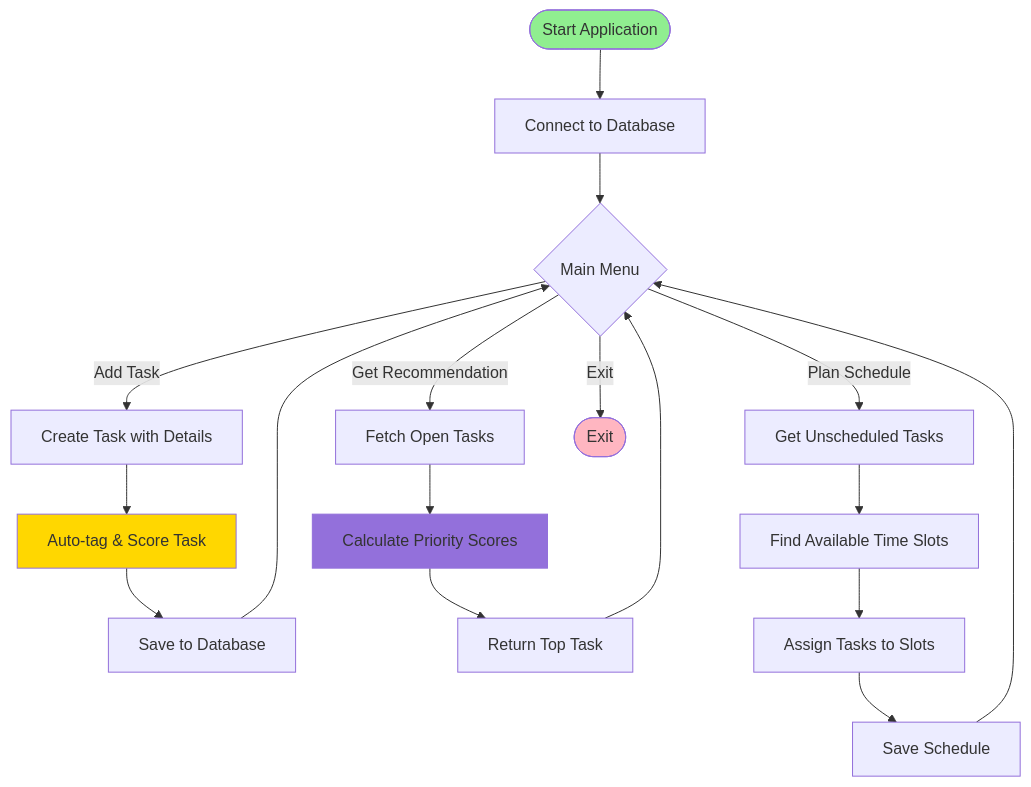
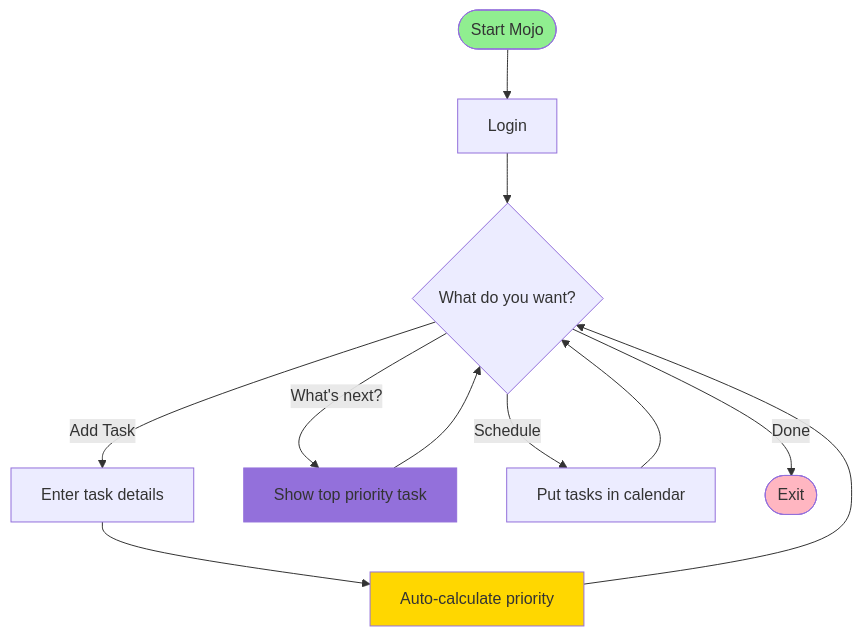
One commit to galwolfer/MOJO changed the fourth of 5 diagrams in WORKFLOW.md. Above: the diagram before and after it, drawn with Mermaid. The commit also changed other lines of this file and 2 other files, not shown here.

````diff
--- a/WORKFLOW.md
+++ b/WORKFLOW.md
@@ -56,28 +77,22 @@
 ```mermaid
 flowchart TD
-    Start([Start Application]) --> Connect[Connect to Database]
-    Connect --> MainLoop{Main Menu}
+    Start([Start Mojo]) --> Login[Login]
+    Login --> Menu{What do you want?}
     
-    MainLoop -->|Add Task| CreateTask[Create Task with Details]
-    CreateTask --> AutoProcess[Auto-tag & Score Task]
-    AutoProcess --> Save[Save to Database]
-    Save --> MainLoop
+    Menu -->|Add Task| Add[Enter task details]
+    Add --> Auto[Auto-calculate priority]
+    Auto --> Menu
     
-    MainLoop -->|Get Recommendation| Fetch[Fetch Open Tasks]
-    Fetch --> Score[Calculate Priority Scores]
-    Score --> Rank[Return Top Task]
-    Rank --> MainLoop
+    Menu -->|What's next?| Rec[Show top priority task]
+    Rec --> Menu
     
-    MainLoop -->|Plan Schedule| GetTasks[Get Unscheduled Tasks]
-    GetTasks --> FindSlots[Find Available Time Slots]
-    FindSlots --> Assign[Assign Tasks to Slots]
-    Assign --> SaveSchedule[Save Schedule]
-    SaveSchedule --> MainLoop
+    Menu -->|Schedule| Plan[Put tasks in calendar]
+    Plan --> Menu
     
-    MainLoop -->|Exit| End([Exit])
+    Menu -->|Done| Exit([Exit])
     
     style Start fill:#90EE90
-    style End fill:#FFB6C1
-    style AutoProcess fill:#FFD700
-    style Score fill:#9370DB
+    style Auto fill:#FFD700
+    style Rec fill:#9370DB
+    style Exit fill:#FFB6C1
 ```
````
